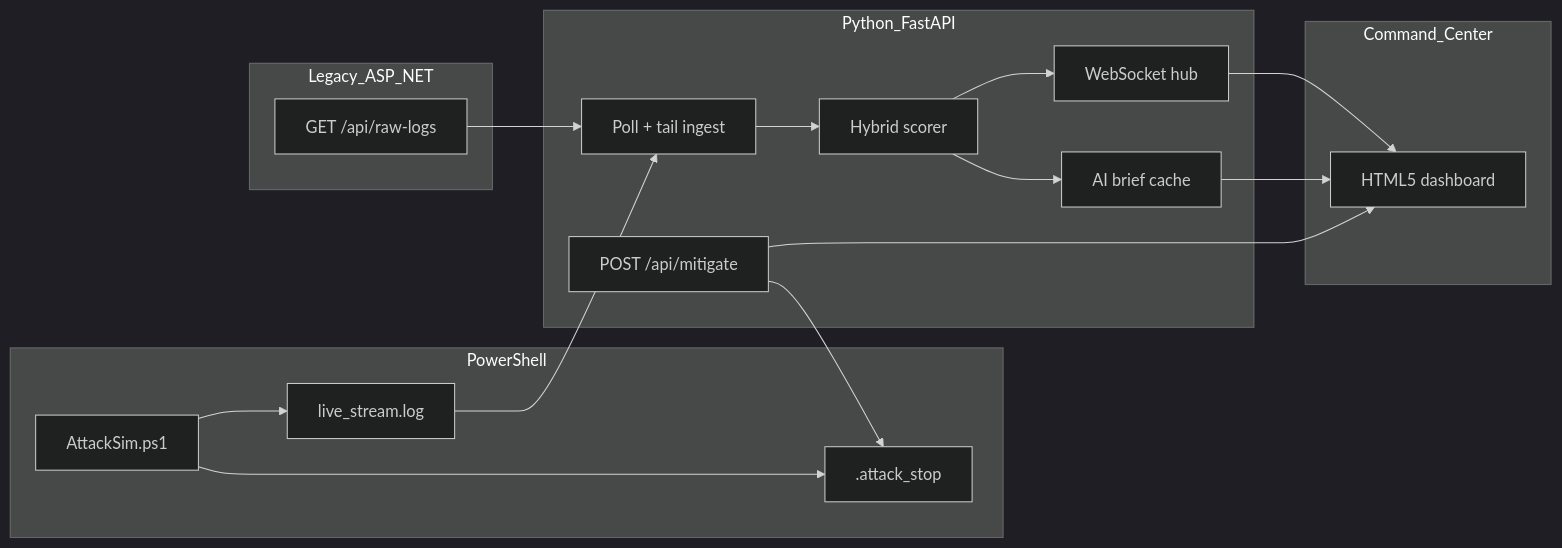
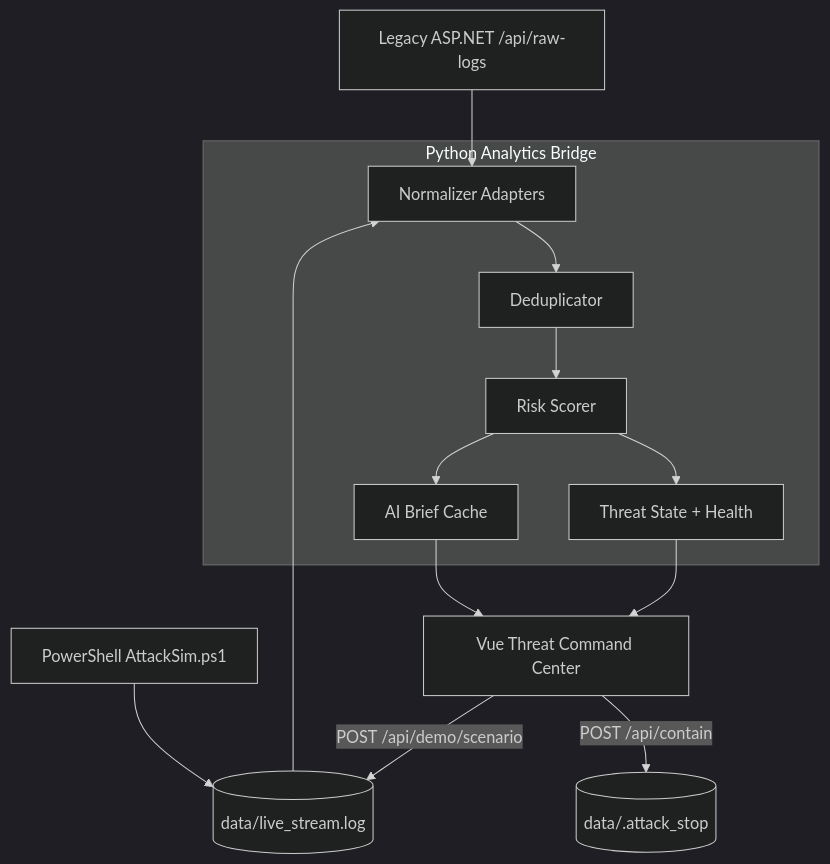
Before and after one commit to rajsaurabh1000/frankenstein-threat-command-center: the diagram in README.md, drawn with Mermaid (dark theme). The commit also changed other lines of this file and 110 other files, not shown here.

First line of the commit message:
Threat Command Center — Frankenstein challenge submission.

````diff
--- a/README.md
+++ b/README.md
@@ -28,32 +73,26 @@
 ```mermaid
-flowchart LR
-  subgraph legacy [Legacy_ASP_NET]
-    LegacyAPI["GET /api/raw-logs"]
+flowchart TB
+  legacy[Legacy ASP.NET /api/raw-logs]
+  chaos[PowerShell AttackSim.ps1]
+  log[(data/live_stream.log)]
+  stop[(data/.attack_stop)]
+
+  subgraph bridge [Python Analytics Bridge]
+    norm[Normalizer Adapters]
+    dedup[Deduplicator]
+    score[Risk Scorer]
+    state[Threat State + Health]
+    brief[AI Brief Cache]
   end
-  subgraph chaos [PowerShell]
-    AttackSim["AttackSim.ps1"]
-    LogFile["live_stream.log"]
-    StopFlag[".attack_stop"]
-  end
-  subgraph bridge [Python_FastAPI]
-    Ingest["Poll + tail ingest"]
-    Score["Hybrid scorer"]
-    WS["WebSocket hub"]
-    Brief["AI brief cache"]
-    Mitigate["POST /api/mitigate"]
-  end
-  subgraph ui [Command_Center]
-    Dash["HTML5 dashboard"]
-  end
-  AttackSim --> LogFile
-  AttackSim --> StopFlag
-  LegacyAPI --> Ingest
-  LogFile --> Ingest
-  Ingest --> Score
-  Score --> WS
-  Score --> Brief
-  Mitigate --> StopFlag
-  WS --> Dash
-  Brief --> Dash
-  Mitigate --> Dash
+
+  ui[Vue Threat Command Center]
+
+  legacy --> norm
+  chaos --> log --> norm
+  norm --> dedup --> score --> state
+  score --> brief
+  state --> ui
+  brief --> ui
+  ui -->|POST /api/contain| stop
+  ui -->|POST /api/demo/scenario| log
 ```
````
